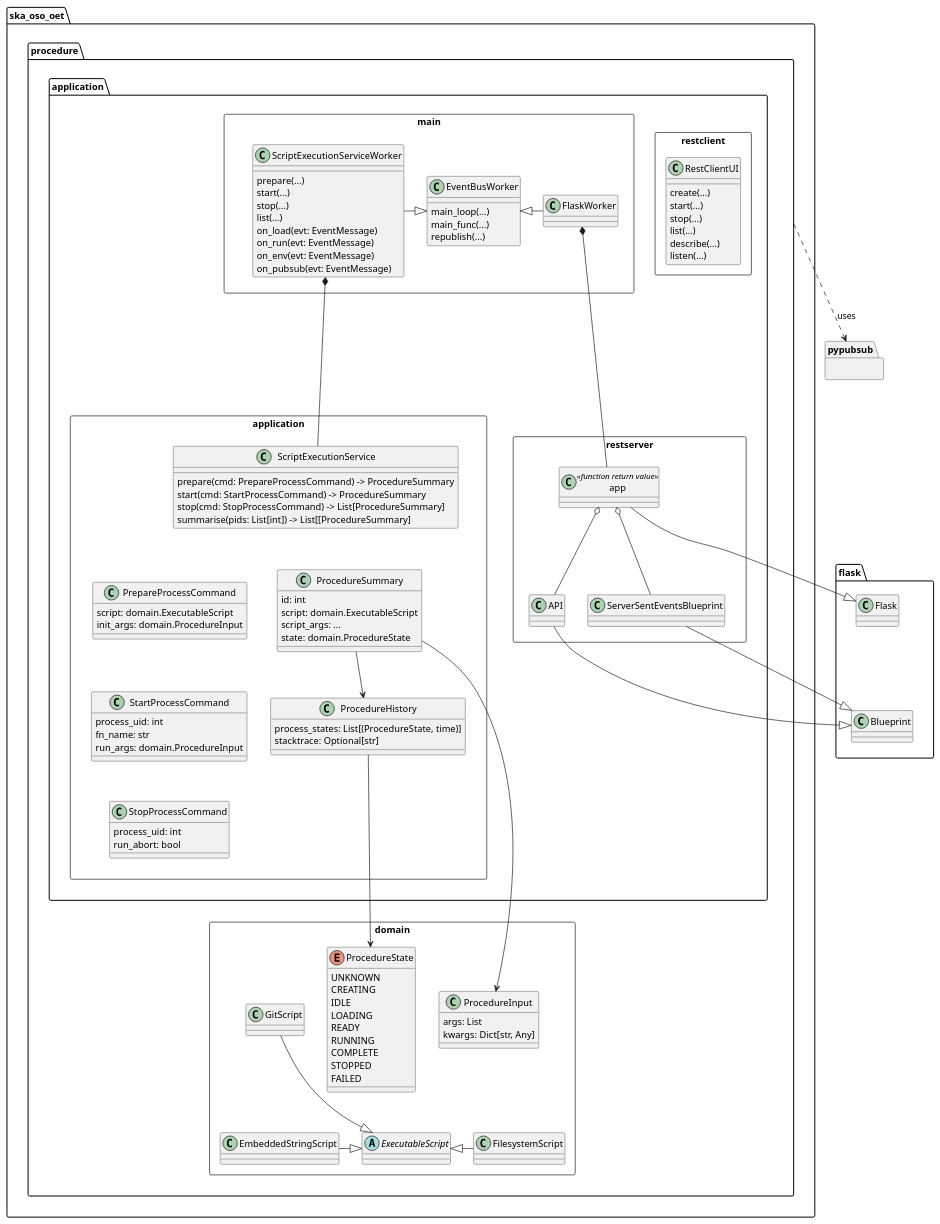
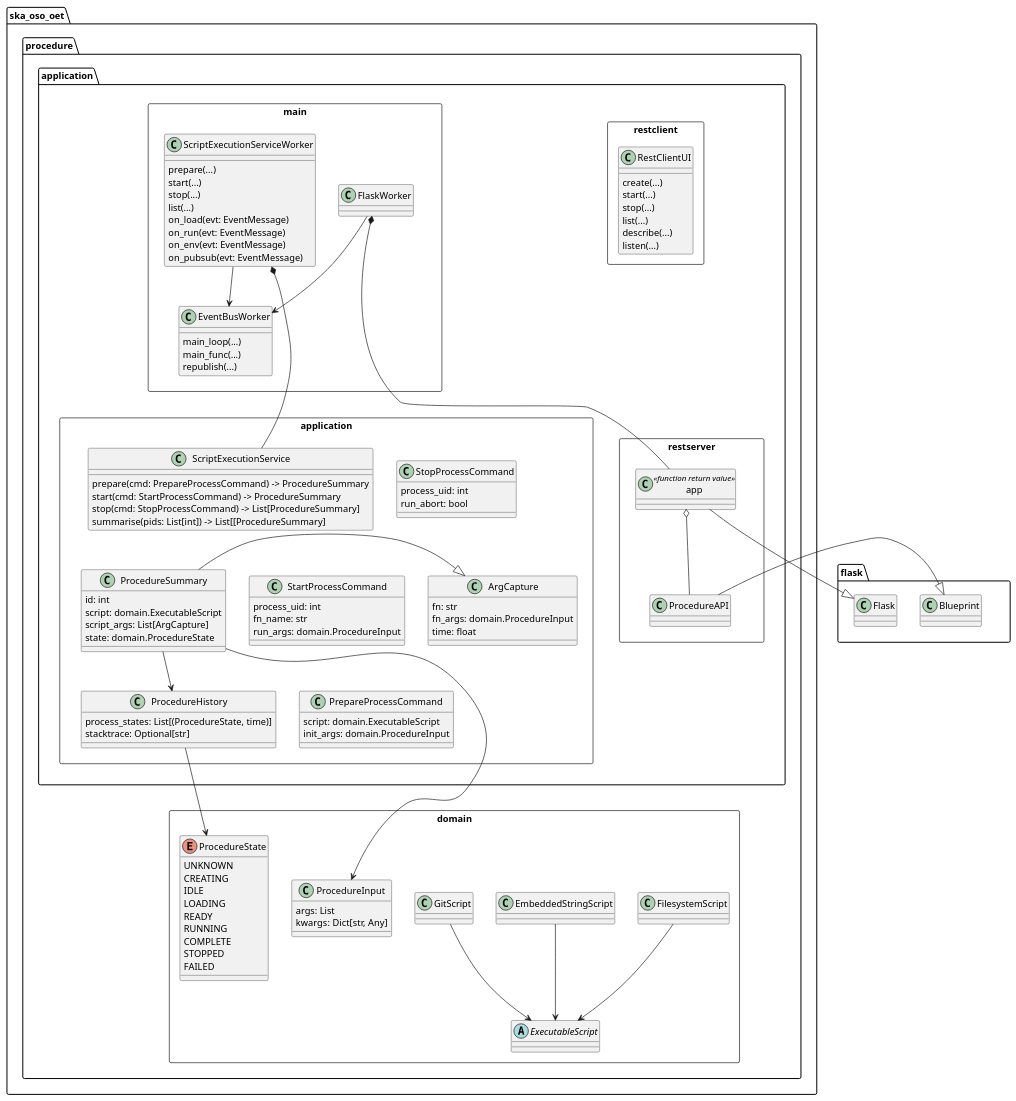
The diagram in docs/src/diagrams/backend_module_execution_primary.puml (ska-telescope/observation-execution-tool), drawn with PlantUML before and after one commit. The commit also changed 3 other files, not shown here.

Commit message:
BTN-1541 Add ArgCapture to diagrams

```diff
--- a/docs/src/diagrams/backend_module_execution_primary.puml
+++ b/docs/src/diagrams/backend_module_execution_primary.puml
@@ -1,158 +1,149 @@
 @startuml
 'https://plantuml.com/class-diagram
 
 package ska_oso_oet.procedure {
 
 package application as application_pkg {
 
     package restclient <<Rectangle>> {
         class RestClientUI {
             create(...)
             start(...)
             stop(...)
             list(...)
             describe(...)
             listen(...)
         }
     }
 
     package main <<Rectangle>> {
         class ScriptExecutionServiceWorker {
             prepare(...)
             start(...)
             stop(...)
             list(...)
             on_load(evt: EventMessage)
             on_run(evt: EventMessage)
             on_env(evt: EventMessage)
             on_pubsub(evt: EventMessage)
         }
 
         class FlaskWorker {
         }
 
         class EventBusWorker {
             main_loop(...)
             main_func(...)
             republish(...)
         }
 
-        ScriptExecutionServiceWorker -right-|> EventBusWorker
-        FlaskWorker -left-|> EventBusWorker
+        ScriptExecutionServiceWorker --> EventBusWorker
+        FlaskWorker --> EventBusWorker
     }
 
     package restserver <<Rectangle>> {
         class app <<function return value>> {
         }
 
-        class API
+        class ProcedureAPI
 
-        class ServerSentEventsBlueprint
-
-        app o-- API
-        app o-- ServerSentEventsBlueprint
+        app o-- ProcedureAPI
     }
 
     package application <<Rectangle>> {
         class ScriptExecutionService {
             prepare(cmd: PrepareProcessCommand) -> ProcedureSummary
             start(cmd: StartProcessCommand) -> ProcedureSummary
             stop(cmd: StopProcessCommand) -> List[ProcedureSummary]
             summarise(pids: List[int]) -> List[[ProcedureSummary]
         }
 
         class ProcedureSummary {
             id: int
             script: domain.ExecutableScript
-            script_args: ...
+            script_args: List[ArgCapture]
             state: domain.ProcedureState
         }
+
+        class ArgCapture {
+            fn: str
+            fn_args: domain.ProcedureInput
+            time: float
+        }
+        ProcedureSummary -right-|> ArgCapture
 
         class ProcedureHistory {
             {field} process_states: List[(ProcedureState, time)]
             stacktrace: Optional[str]
         }
         ProcedureSummary --> ProcedureHistory
 
-        together {
         class PrepareProcessCommand {
             script: domain.ExecutableScript
             init_args: domain.ProcedureInput
         }
 
         class StartProcessCommand {
             process_uid: int
             fn_name: str
             run_args: domain.ProcedureInput
         }
 
         class StopProcessCommand {
             process_uid: int
             run_abort: bool
         }
-        }
-        PrepareProcessCommand -[hidden]- StartProcessCommand
-        StartProcessCommand -[hidden]- StopProcessCommand
+        PrepareProcessCommand -up[hidden]- StartProcessCommand
+        StartProcessCommand -up[hidden]- StopProcessCommand
     }
     FlaskWorker *-- app
     ScriptExecutionServiceWorker *-- ScriptExecutionService
 
 }
 
     package domain <<Rectangle>> {
         abstract class ExecutableScript
         class GitScript
         class FilesystemScript
         class EmbeddedStringScript
-        GitScript -down-|> ExecutableScript
-        FilesystemScript -left-|> ExecutableScript
-        EmbeddedStringScript -right-|> ExecutableScript
-        ExecutableScript -up[hidden]- ProcedureInput
+        GitScript --> ExecutableScript
+        FilesystemScript --> ExecutableScript
+        EmbeddedStringScript --> ExecutableScript
 
         enum ProcedureState {
             UNKNOWN
             CREATING
             IDLE
             LOADING
             READY
             RUNNING
             COMPLETE
             STOPPED
             FAILED
         }
 
         class ProcedureInput {
             args: List
             kwargs: Dict[str, Any]
         }
     }
 
     ProcedureHistory ---> ProcedureState
     ProcedureSummary ---> ProcedureInput
-    ProcedureState -left[hidden]-> ProcedureInput
 }
 
 package flask {
     class Flask
     class Blueprint
-
-    Flask -down[hidden]- Blueprint
 }
 
 app -|> Flask
-API -|> Blueprint
-ServerSentEventsBlueprint --|> Blueprint
-
-package pypubsub {
-}
-ska_oso_oet.procedure -[dashed]-> pypubsub: uses
+ProcedureAPI -|> Blueprint
 
 main -down[hidden]--> application
 restserver -left[hidden]--> application
 restserver -right[hidden]--> flask
 FlaskWorker -down[hidden]--> restserver
 ScriptExecutionService -down[hidden]- ProcedureSummary
-ScriptExecutionService -down[hidden]- PrepareProcessCommand
-PrepareProcessCommand -right[hidden]- ProcedureSummary
 
 @enduml
```
